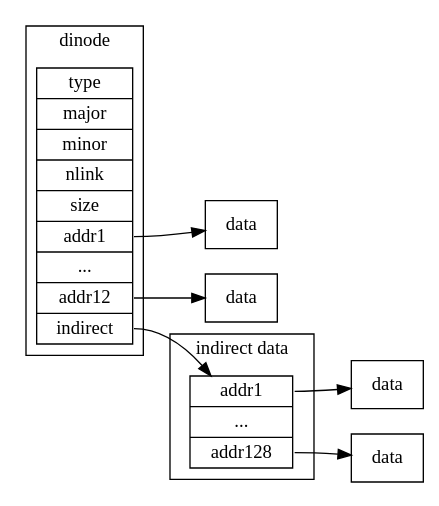
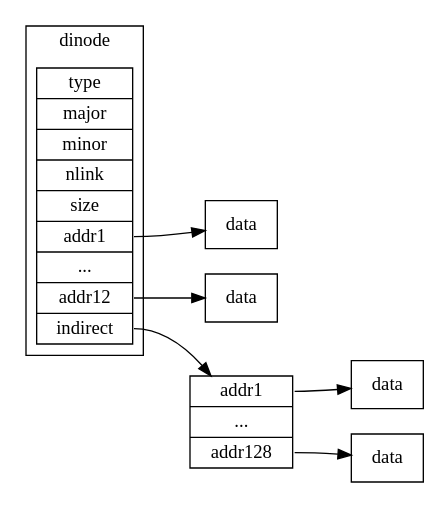
Before and after one commit to Jeanhwea/xv6-course: the diagram in 62-buffer-log.org, drawn with Graphviz. The commit also changed 1 other file, not shown here.

```diff
--- a/62-buffer-log.org
+++ b/62-buffer-log.org
@@ -11,56 +11,56 @@
 #+BEGIN_SRC dot :exports results :file ./img/dinode.png
   digraph {
     graph [
       rankdir = "LR"
     ];
     subgraph cluster_dinode {
       label = "dinode"
       shape = "none"
       dinode [
         label = "type|major|minor|nlink|size|<f1>addr1|...|<f2>addr12|<f3>indirect"
         shape = "record"
       ];
       // dinode:s -> dinode_text [style="invis"];
       // dinode_text [
       //   label = "dinode"
       //   shape = none
       // ];
     }
     dinode:f1 -> data01;
     data01 [
       label = "data"
       shape = "record"
     ];
     dinode:f2 -> data12;
     data12 [
       label = "data"
       shape = "record"
     ];
 
     subgraph cluster_indrnode {
       label = "indirect data"
-      shape = "none"
+      style = "invis"
       indrnode [
         label = "<f1>addr1|...|<f2>addr128"
         shape = "record"
       ];
       dinode:f3 -> indrnode;
       // indrnode:s -> indrnode0 [style="invis"];
       // indrnode0 [
       //   label = "indirect data"
       //   shape = none
       // ];
     }
 
     indrnode:f1 -> idata01;
     idata01 [
       label = "data"
       shape = "record"
     ];
     indrnode:f2 -> idata128;
     idata128 [
       label = "data"
       shape = "record"
     ];
   }
 #+END_SRC
```
